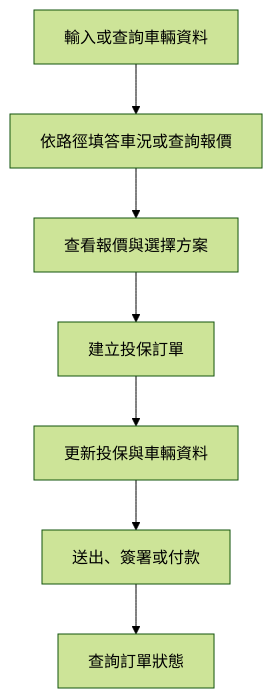
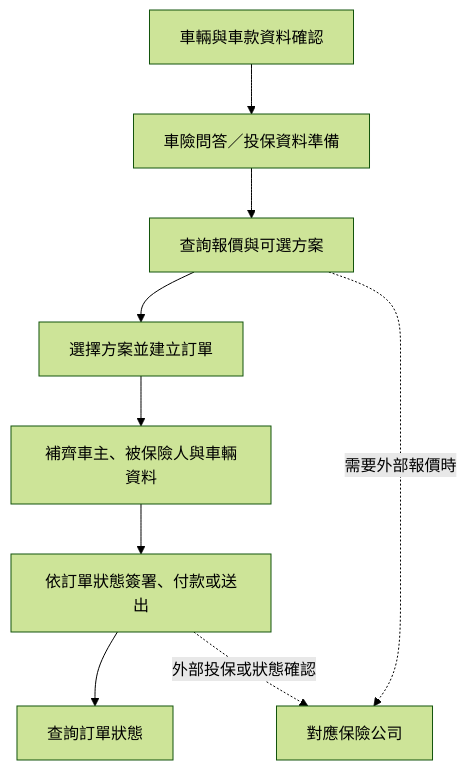
The second of 3 diagrams in README.md (highhao/insurance-saas-platform), drawn with Mermaid (forest theme) before and after one commit. The commit also changed other lines of this file, not shown here.

Commit message:
Document insurance service architecture and data migrations

````diff
--- a/README.md
+++ b/README.md
@@ -9,9 +36,11 @@
 ```mermaid
 flowchart TB
-    A[輸入或查詢車輛資料] --> B[依路徑填答車況或查詢報價]
-    B --> C[查看報價與選擇方案]
-    C --> D[建立投保訂單]
-    D --> E[更新投保與車輛資料]
-    E --> F[送出、簽署或付款]
+    A[車輛與車款資料確認] --> B[車險問答／投保資料準備]
+    B --> C[查詢報價與可選方案]
+    C --> D[選擇方案並建立訂單]
+    D --> E[補齊車主、被保險人與車輛資料]
+    E --> F[依訂單狀態簽署、付款或送出]
     F --> G[查詢訂單狀態]
+    C -. 需要外部報價時 .-> X[對應保險公司]
+    F -. 外部投保或狀態確認 .-> X
 ```
````
